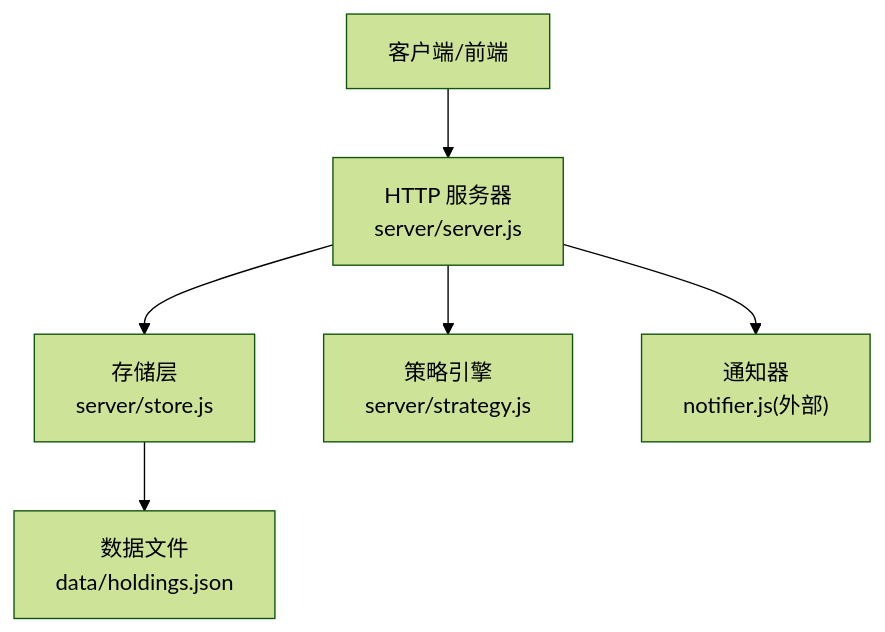
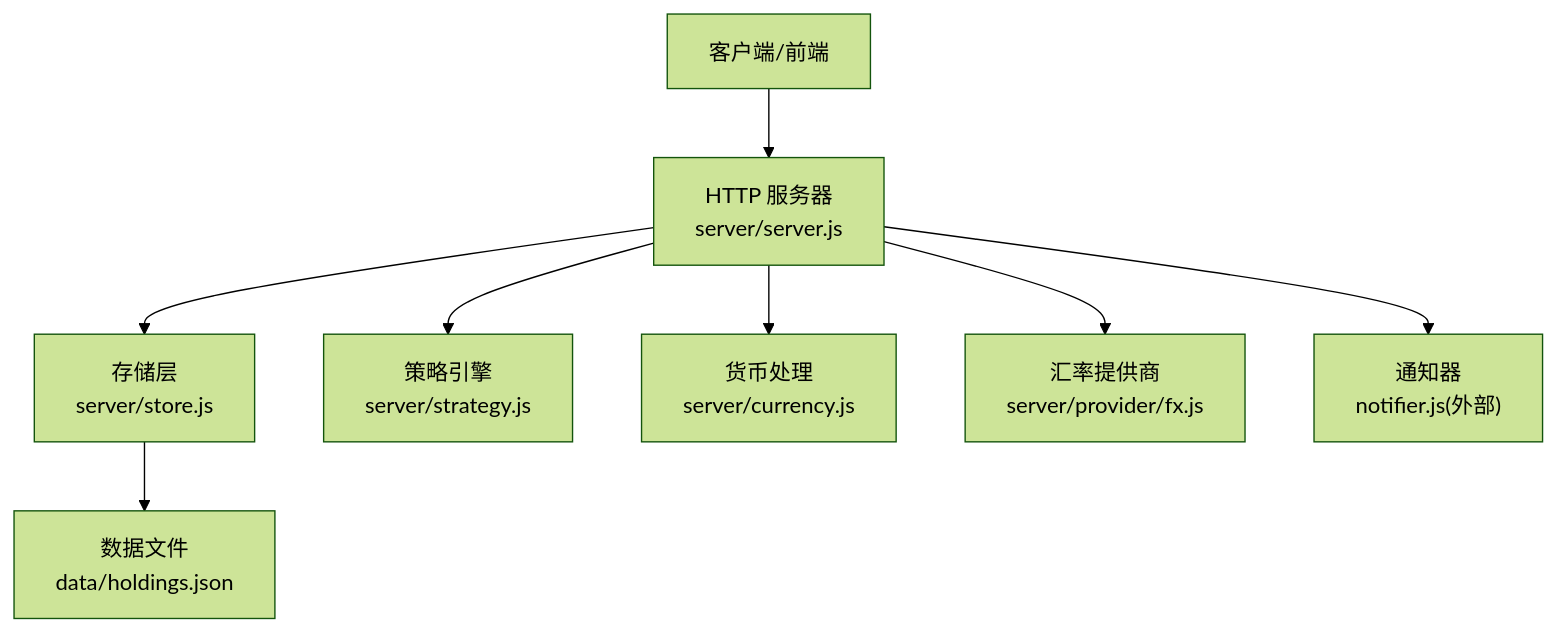
Before and after one commit to salenju/stock-advisor: the first of 3 diagrams in .qoder/repowiki/zh/content/API参考/持仓管理API.md, drawn with Mermaid (forest theme). The commit also changed other lines of this file and 45 other files, not shown here.

````diff
--- a/.qoder/repowiki/zh/content/API参考/持仓管理API.md
+++ b/.qoder/repowiki/zh/content/API参考/持仓管理API.md
@@ -42,8 +53,10 @@
 ```mermaid
 graph TB
 Client["客户端/前端"] --> Server["HTTP 服务器<br/>server/server.js"]
 Server --> Store["存储层<br/>server/store.js"]
 Server --> Strategy["策略引擎<br/>server/strategy.js"]
+Server --> Currency["货币处理<br/>server/currency.js"]
+Server --> FXProvider["汇率提供商<br/>server/provider/fx.js"]
 Store --> DataFile["数据文件<br/>data/holdings.json"]
 Server --> Notifier["通知器<br/>notifier.js(外部)"]
 ```
````
